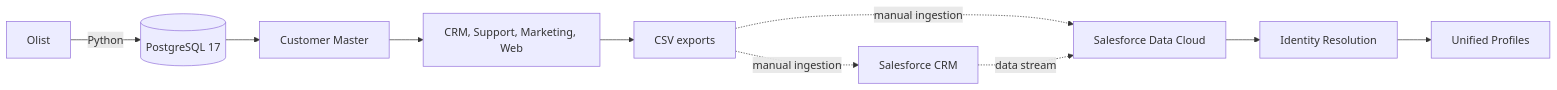
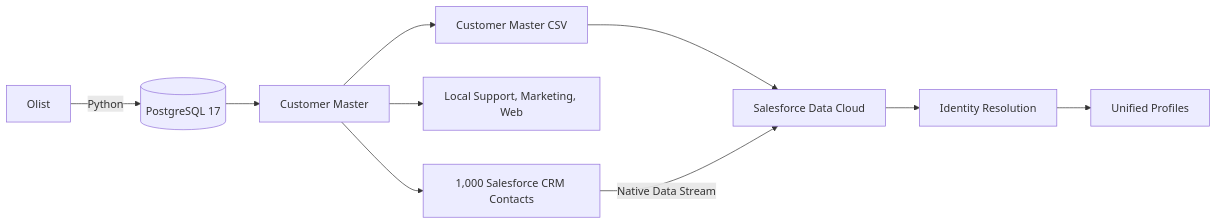
The diagram in README.md (FelipeEnne/salesforce-data360-customer-intelligence), drawn with Mermaid before and after one commit. The commit also changed other lines of this file and 3 other files, not shown here.

Commit message:
docs:   document implemented Data Cloud identity resolution

````diff
--- a/README.md
+++ b/README.md
@@ -15,12 +15,12 @@
 ```mermaid
 flowchart LR
     O[Olist] -->|Python| P[(PostgreSQL 17)]
     P --> CM[Customer Master]
-    CM --> S[CRM, Support, Marketing, Web]
-    S --> E[CSV exports]
-    E -. manual ingestion .-> CRM[Salesforce CRM]
-    E -. manual ingestion .-> DC[Salesforce Data Cloud]
-    CRM -. data stream .-> DC
+    CM --> CSV[Customer Master CSV]
+    CM --> L[Local Support, Marketing, Web]
+    CSV --> DC[Salesforce Data Cloud]
+    CM --> CRM[1,000 Salesforce CRM Contacts]
+    CRM -->|Native Data Stream| DC
     DC --> IR[Identity Resolution]
     IR --> UP[Unified Profiles]
 ```
````
